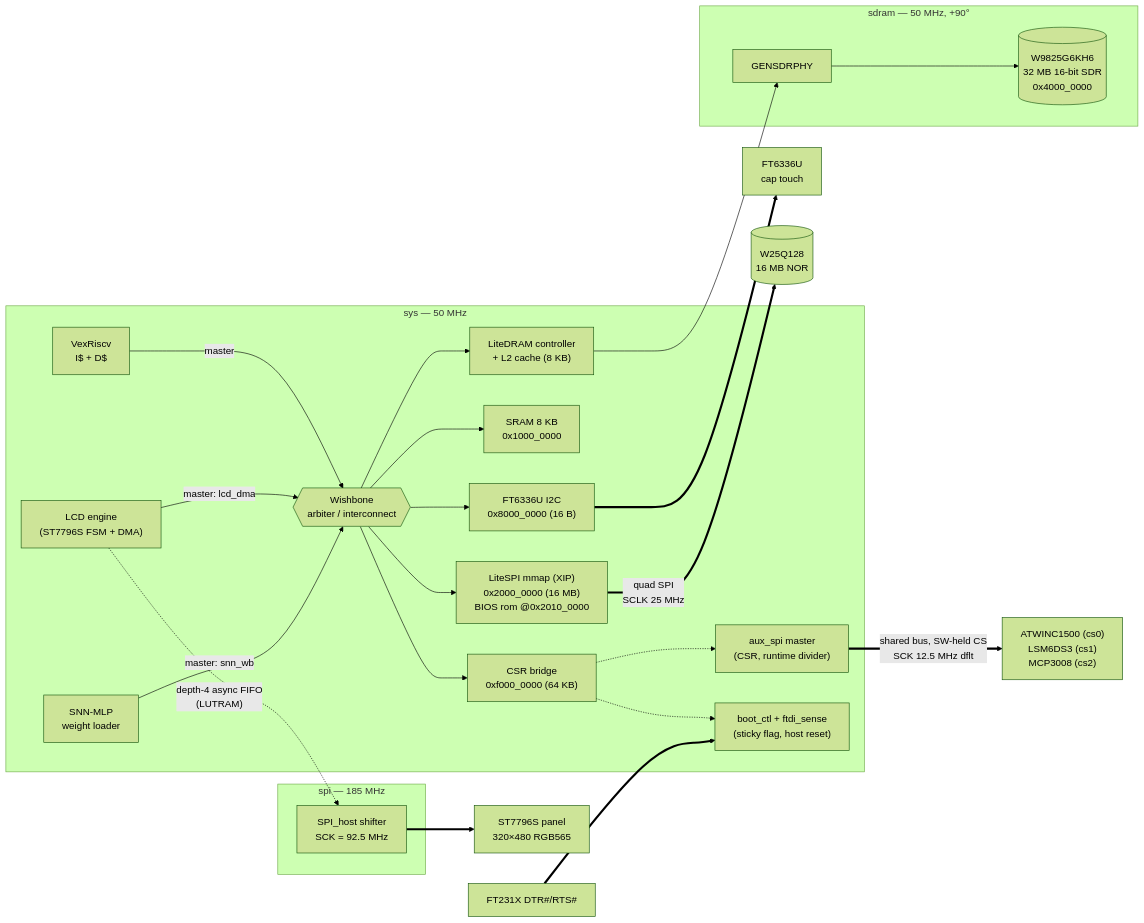
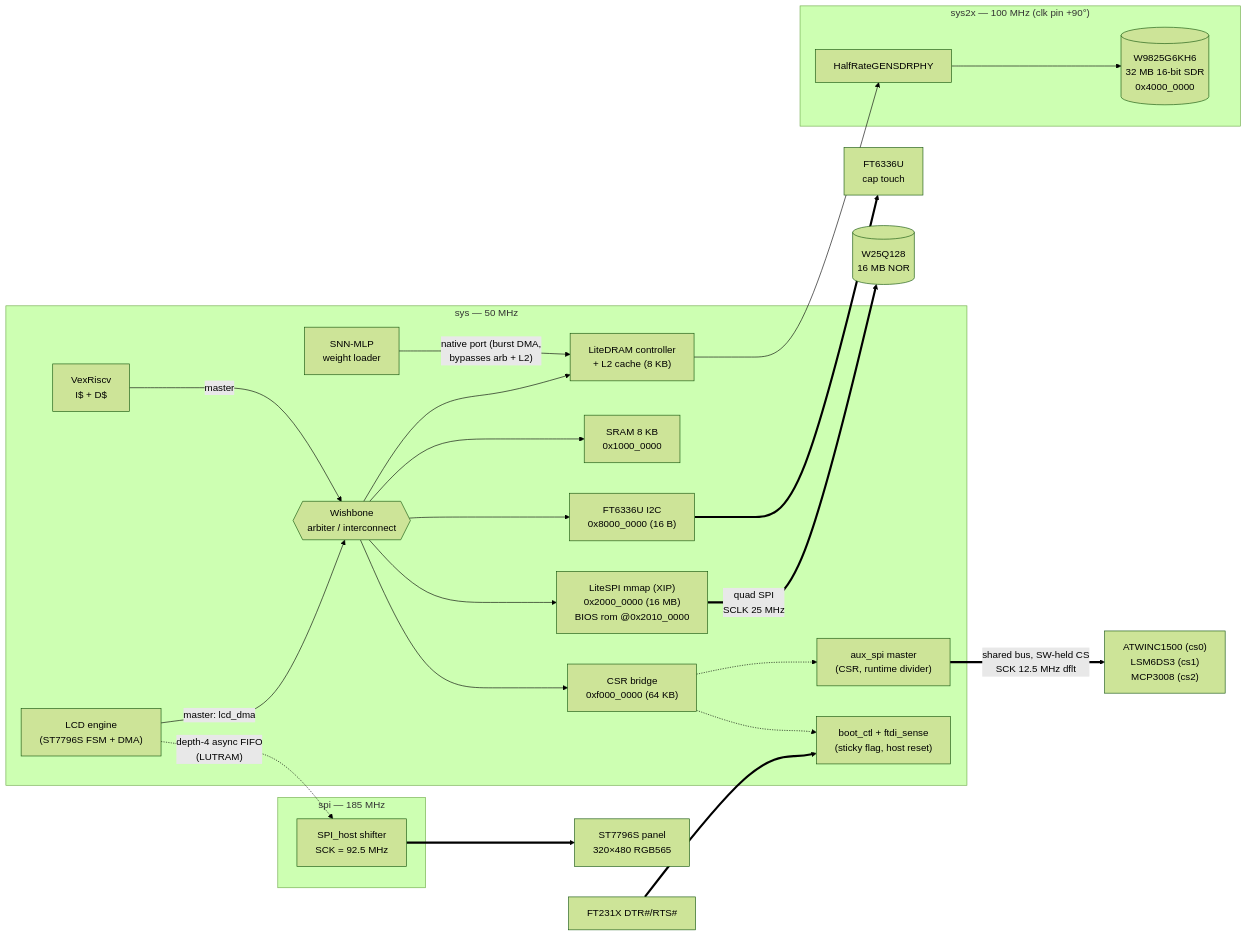
One commit to oliver408i/litex-robotics changed the first of 7 diagrams in docs/soc_layout.md. Above: the diagram before and after it, drawn with Mermaid (forest theme). The commit also changed other lines of this file and 7 other files, not shown here.

````diff
--- a/docs/soc_layout.md
+++ b/docs/soc_layout.md
@@ -22,49 +23,49 @@
 ```mermaid
 flowchart LR
     subgraph sys["sys — 50 MHz"]
         cpu["VexRiscv<br/>I$ + D$"]
         lcd["LCD engine<br/>(ST7796S FSM + DMA)"]
         snn["SNN-MLP<br/>weight loader"]
 
         arb{{"Wishbone<br/>arbiter / interconnect"}}
 
         flash["LiteSPI mmap (XIP)<br/>0x2000_0000 (16 MB)<br/>BIOS rom @0x2010_0000"]
         sram["SRAM 8 KB<br/>0x1000_0000"]
         ctpi2c["FT6336U I2C<br/>0x8000_0000 (16 B)"]
         csrbr["CSR bridge<br/>0xf000_0000 (64 KB)"]
         dramctl["LiteDRAM controller<br/>+ L2 cache (8 KB)"]
 
         auxspi["aux_spi master<br/>(CSR, runtime divider)"]
         bootctl["boot_ctl + ftdi_sense<br/>(sticky flag, host reset)"]
 
         cpu  -- master --> arb
         lcd  -- "master: lcd_dma" --> arb
-        snn  -- "master: snn_wb" --> arb
+        snn  -- "native port (burst DMA,<br/>bypasses arb + L2)" --> dramctl
 
         arb --> flash
         arb --> sram
         arb --> ctpi2c
         arb --> csrbr
         arb --> dramctl
 
         csrbr -.-> auxspi
         csrbr -.-> bootctl
     end
 
-    subgraph sdramcd["sdram — 50 MHz, +90°"]
-        phy["GENSDRPHY"]
+    subgraph sdramcd["sys2x — 100 MHz (clk pin +90°)"]
+        phy["HalfRateGENSDRPHY"]
         ddr[("W9825G6KH6<br/>32 MB 16-bit SDR<br/>0x4000_0000")]
     end
 
     subgraph spicd["spi — 185 MHz"]
         spihost["SPI_host shifter<br/>SCK = 92.5 MHz"]
     end
 
     dramctl --> phy --> ddr
     lcd -. "depth-4 async FIFO<br/>(LUTRAM)" .-> spihost
     spihost ==> panel["ST7796S panel<br/>320×480 RGB565"]
     ctpi2c ==> touch["FT6336U<br/>cap touch"]
     flash ==>|"quad SPI<br/>SCLK 25 MHz"| w25q[("W25Q128<br/>16 MB NOR")]
     auxspi ==>|"shared bus, SW-held CS<br/>SCK 12.5 MHz dflt"| winc["ATWINC1500 (cs0)<br/>LSM6DS3 (cs1)<br/>MCP3008 (cs2)"]
     ftdi["FT231X DTR#/RTS#"] ==> bootctl
 ```
````
